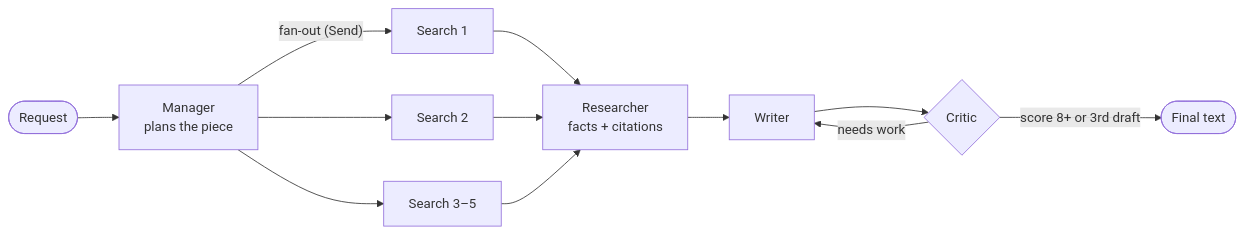
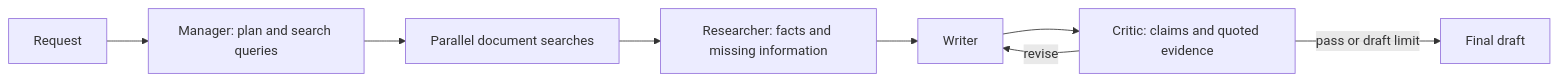
The diagram in README.md (skabo42000/synq-ai-squad), drawn with Mermaid before and after one commit. The commit also changed other lines of this file, not shown here.

First line of the commit message:
README: clearer first screen, dated evidence, license (#16)

````diff
--- a/README.md
+++ b/README.md
@@ -23,12 +25,10 @@
 ```mermaid
 flowchart LR
-    A([Request]) --> M[Manager<br/>plans the piece]
-    M -- "fan-out (Send)" --> S1[Search 1]
-    M --> S2[Search 2]
-    M --> S3[Search 3–5]
-    S1 & S2 & S3 --> R[Researcher<br/>facts + citations]
+    A[Request] --> M[Manager: plan and search queries]
+    M --> S[Parallel document searches]
+    S --> R[Researcher: facts and missing information]
     R --> W[Writer]
-    W --> C{Critic}
-    C -- "needs work" --> W
-    C -- "score 8+ or 3rd draft" --> E([Final text])
+    W --> C[Critic: claims and quoted evidence]
+    C -->|revise| W
+    C -->|pass or draft limit| F[Final draft]
 ```
````
